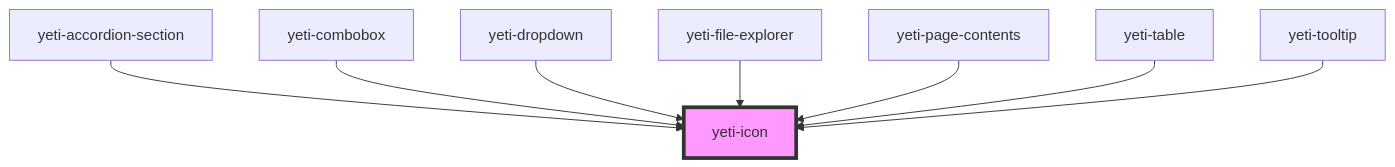
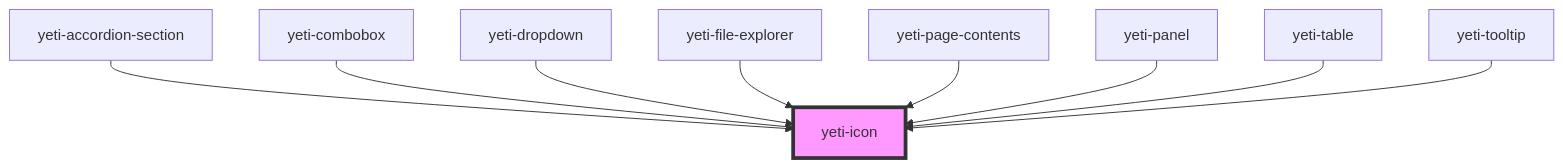
The diagram in src/components/yeti-icon/readme.md (msoltvedt/yeti), drawn with Mermaid before and after one commit. The commit also changed other lines of this file and 232 other files, not shown here.

````diff
--- a/src/components/yeti-icon/readme.md
+++ b/src/components/yeti-icon/readme.md
@@ -33,11 +34,12 @@
 ```mermaid
 graph TD;
   yeti-accordion-section --> yeti-icon
   yeti-combobox --> yeti-icon
   yeti-dropdown --> yeti-icon
   yeti-file-explorer --> yeti-icon
   yeti-page-contents --> yeti-icon
+  yeti-panel --> yeti-icon
   yeti-table --> yeti-icon
   yeti-tooltip --> yeti-icon
   style yeti-icon fill:#f9f,stroke:#333,stroke-width:4px
 ```
````
